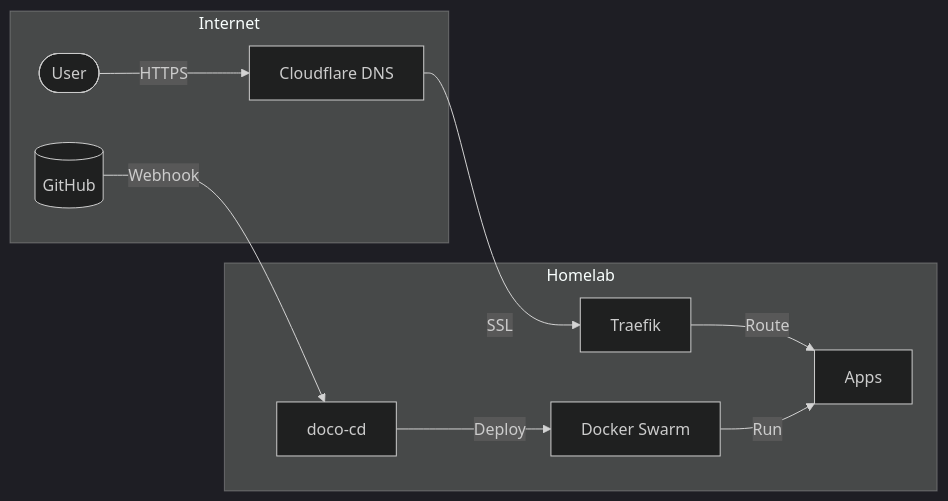
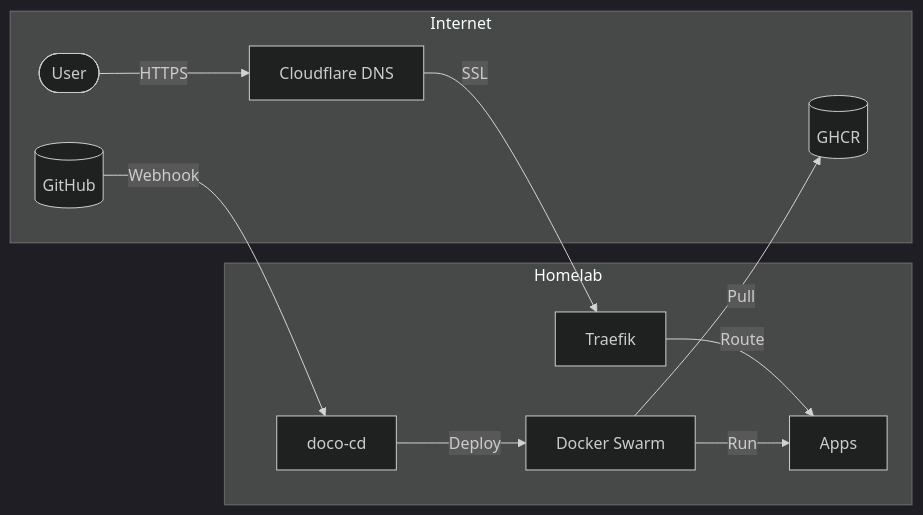
One commit to wajeht/home-ops changed the diagram in README.md. Above: the diagram before and after it, drawn with Mermaid (dark theme). The commit also changed other lines of this file, not shown here.

Commit message:
docs: update architecture diagram and deploy flow for clarity

````diff
--- a/README.md
+++ b/README.md
@@ -14,22 +14,24 @@
 ```mermaid
 flowchart LR
     subgraph Internet
         User([User])
         GitHub[(GitHub)]
         Cloudflare[Cloudflare DNS]
+        GHCR[(GHCR)]
     end
 
     subgraph Homelab
         Traefik[Traefik]
         DocoCd[doco-cd]
         Swarm[Docker Swarm]
         Apps[Apps]
     end
 
     User -->|HTTPS| Cloudflare
     Cloudflare -->|SSL| Traefik
     Traefik -->|Route| Apps
     GitHub -->|Webhook| DocoCd
     DocoCd -->|Deploy| Swarm
+    Swarm -->|Pull| GHCR
     Swarm -->|Run| Apps
 ```
````
